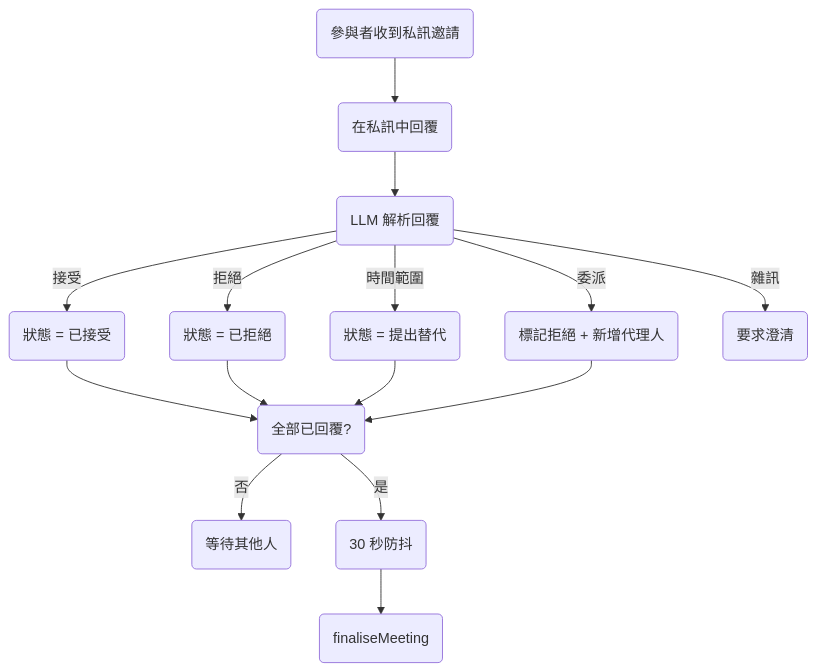
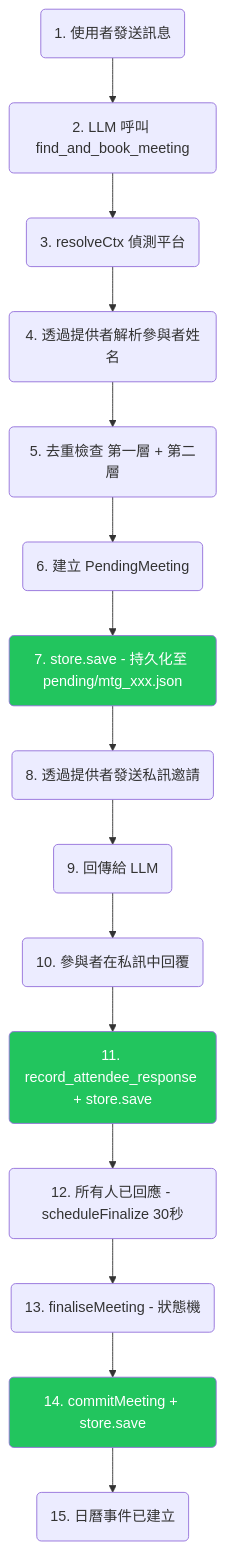
One commit to javana3/claw_meeting_all changed the ninth of 13 diagrams in README.zh-TW.md. Above: the diagram before and after it, drawn with Mermaid. The commit also changed other lines of this file and 4 other files, not shown here.

First line of the commit message:
docs: rewrite all 5 READMEs with detailed Plugin/Skill flow + diff

````diff
--- a/README.zh-TW.md
+++ b/README.zh-TW.md
@@ -133,19 +290,22 @@
 ```mermaid
 graph TD
-    A(參與者收到私訊邀請) --> B(在私訊中回覆)
-    B --> C(LLM 解析回覆)
-    C -->|接受| D(狀態 = 已接受)
-    C -->|拒絕| E(狀態 = 已拒絕)
-    C -->|時間範圍| F(狀態 = 提出替代)
-    C -->|委派| G(標記拒絕 + 新增代理人)
-    C -->|雜訊| H(要求澄清)
+    A(1. 使用者發送訊息) --> B(2. LLM 呼叫 find_and_book_meeting)
+    B --> C(3. resolveCtx 偵測平台)
+    C --> D(4. 透過提供者解析參與者姓名)
+    D --> E(5. 去重檢查 第一層 + 第二層)
+    E --> F(6. 建立 PendingMeeting)
+    F --> G(7. store.save - 持久化至 pending/mtg_xxx.json)
+    G --> H(8. 透過提供者發送私訊邀請)
+    H --> I(9. 回傳給 LLM)
 
-    D --> I(全部已回覆?)
-    E --> I
-    F --> I
-    G --> I
+    I --> J(10. 參與者在私訊中回覆)
+    J --> K(11. record_attendee_response + store.save)
+    K --> L(12. 所有人已回應 - scheduleFinalize 30秒)
+    L --> M(13. finaliseMeeting - 狀態機)
+    M --> N(14. commitMeeting + store.save)
+    N --> O(15. 日曆事件已建立)
 
-    I -->|否| J(等待其他人)
-    I -->|是| K(30 秒防抖)
-    K --> L(finaliseMeeting)
+    style G fill:#22c55e,color:#fff
+    style K fill:#22c55e,color:#fff
+    style N fill:#22c55e,color:#fff
 ```
````
